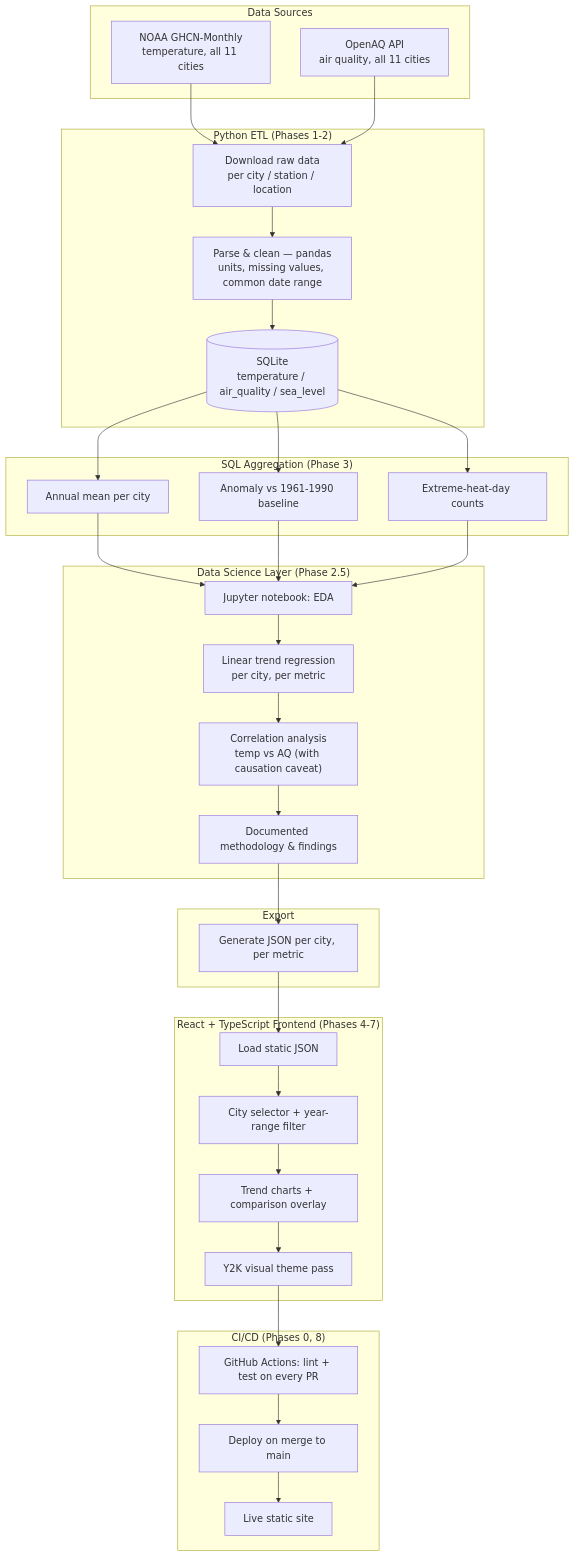
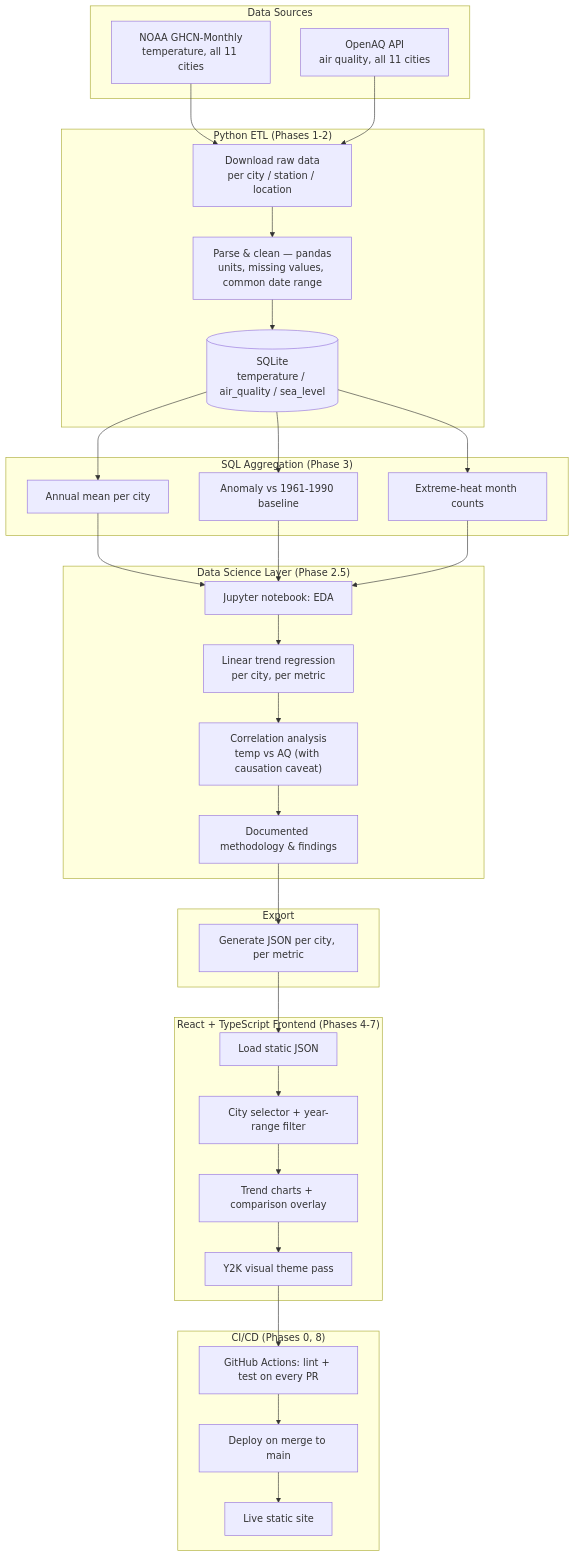
Before and after one commit to SABOQuan/warming-cities: the diagram in ROADMAP.md, drawn with Mermaid. The commit also changed other lines of this file and 1 other file, not shown here.

Commit message:
docs: document the SQLite/export step and the extreme-heat month definition

````diff
--- a/ROADMAP.md
+++ b/ROADMAP.md
@@ -37,52 +37,52 @@
 ```mermaid
 flowchart TD
     subgraph SRC["Data Sources"]
         A1["NOAA GHCN-Monthly<br/>temperature, all 11 cities"]
         A2["OpenAQ API<br/>air quality, all 11 cities"]
     end
 
     subgraph ETL["Python ETL (Phases 1-2)"]
         B1["Download raw data<br/>per city / station / location"]
         B2["Parse & clean — pandas<br/>units, missing values, common date range"]
         B3[("SQLite<br/>temperature / air_quality / sea_level")]
     end
 
     subgraph SQL["SQL Aggregation (Phase 3)"]
         C1["Annual mean per city"]
         C2["Anomaly vs 1961-1990 baseline"]
-        C3["Extreme-heat-day counts"]
+        C3["Extreme-heat month counts"]
     end
 
     subgraph DS["Data Science Layer (Phase 2.5)"]
         D1["Jupyter notebook: EDA"]
         D2["Linear trend regression<br/>per city, per metric"]
         D3["Correlation analysis<br/>temp vs AQ (with causation caveat)"]
         D4["Documented methodology & findings"]
     end
 
     subgraph EXPORT["Export"]
         E1["Generate JSON per city, per metric"]
     end
 
     subgraph FE["React + TypeScript Frontend (Phases 4-7)"]
         F1["Load static JSON"]
         F2["City selector + year-range filter"]
         F3["Trend charts + comparison overlay"]
         F4["Y2K visual theme pass"]
     end
 
     subgraph CICD["CI/CD (Phases 0, 8)"]
         G1["GitHub Actions: lint + test on every PR"]
         G2["Deploy on merge to main"]
         G3["Live static site"]
     end
 
     A1 --> B1
     A2 --> B1
     B1 --> B2 --> B3
     B3 --> C1 & C2 & C3
     C1 & C2 & C3 --> D1 --> D2 --> D3 --> D4
     D4 --> E1
     E1 --> F1 --> F2 --> F3 --> F4
     F4 --> G1 --> G2 --> G3
 ```
````
